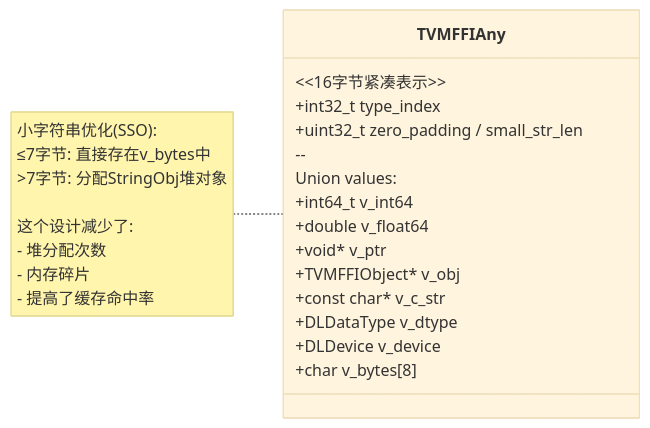
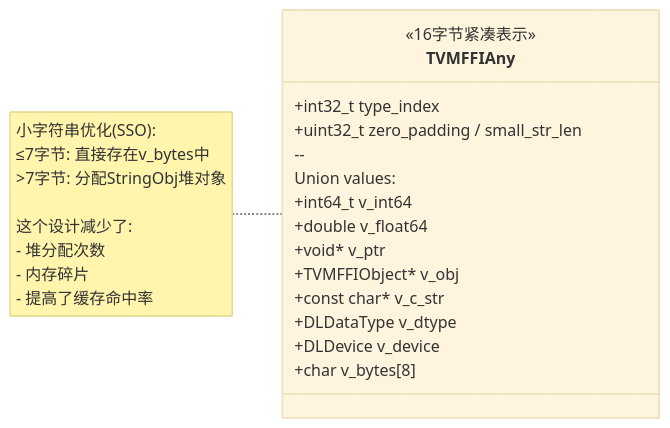
Before and after one commit to 08mamba24/08mamba24.github.io: the second of 9 diagrams in _posts/2026-03-21-tvm-ffi-uml.md, drawn with Mermaid (base theme). The commit also changed other lines of this file, not shown here.

Commit message:
Fix HTML character entities in UML diagrams

````diff
--- a/_posts/2026-03-21-tvm-ffi-uml.md
+++ b/_posts/2026-03-21-tvm-ffi-uml.md
@@ -88,22 +88,22 @@
 ```mermaid
 classDiagram
     direction LR
     
     class TVMFFIAny {
-        &lt;&lt;16字节紧凑表示&gt;&gt;
+        <<16字节紧凑表示>>
         +int32_t type_index
         +uint32_t zero_padding / small_str_len
         --
         Union values:
         +int64_t v_int64
         +double v_float64
         +void* v_ptr
         +TVMFFIObject* v_obj
         +const char* v_c_str
         +DLDataType v_dtype
         +DLDevice v_device
         +char v_bytes[8]
     }
     
     note for TVMFFIAny "小字符串优化(SSO):<br/>≤7字节: 直接存在v_bytes中<br/>>7字节: 分配StringObj堆对象<br/><br/>这个设计减少了:<br/>- 堆分配次数<br/>- 内存碎片<br/>- 提高了缓存命中率"
 ```
````
